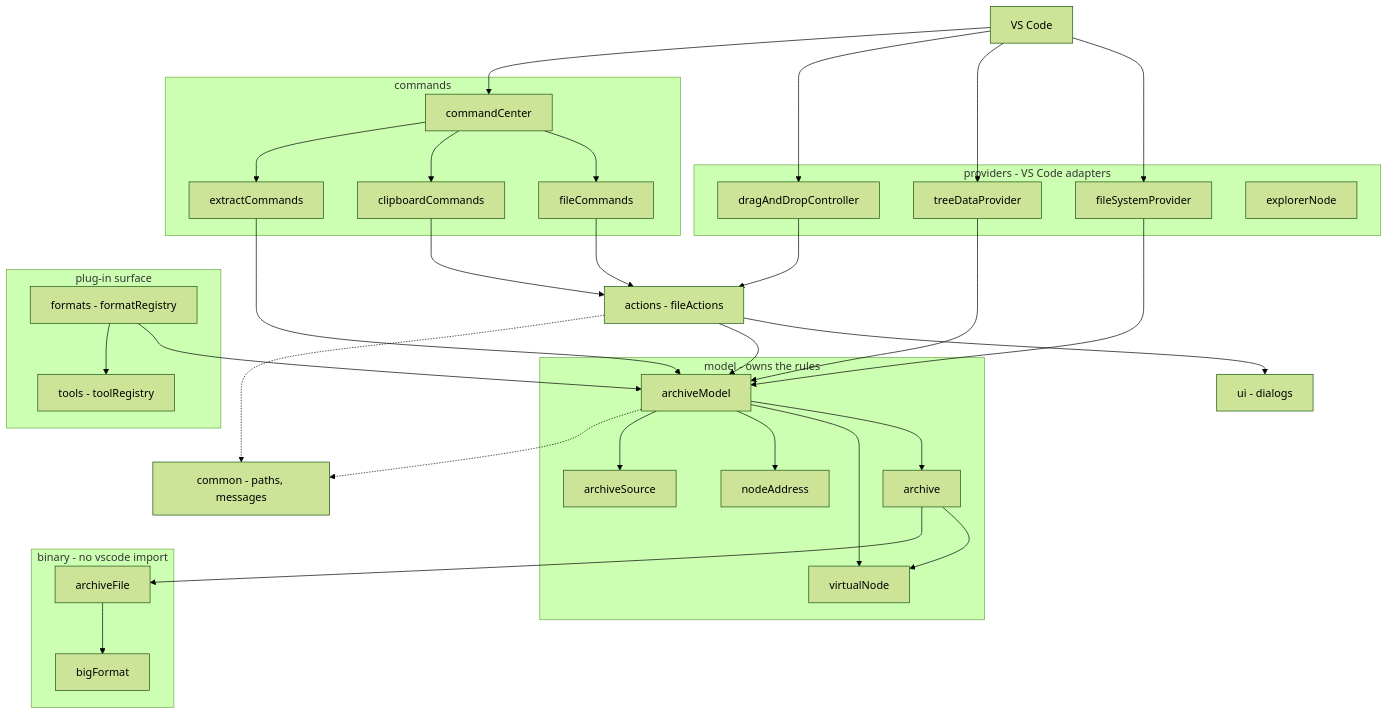
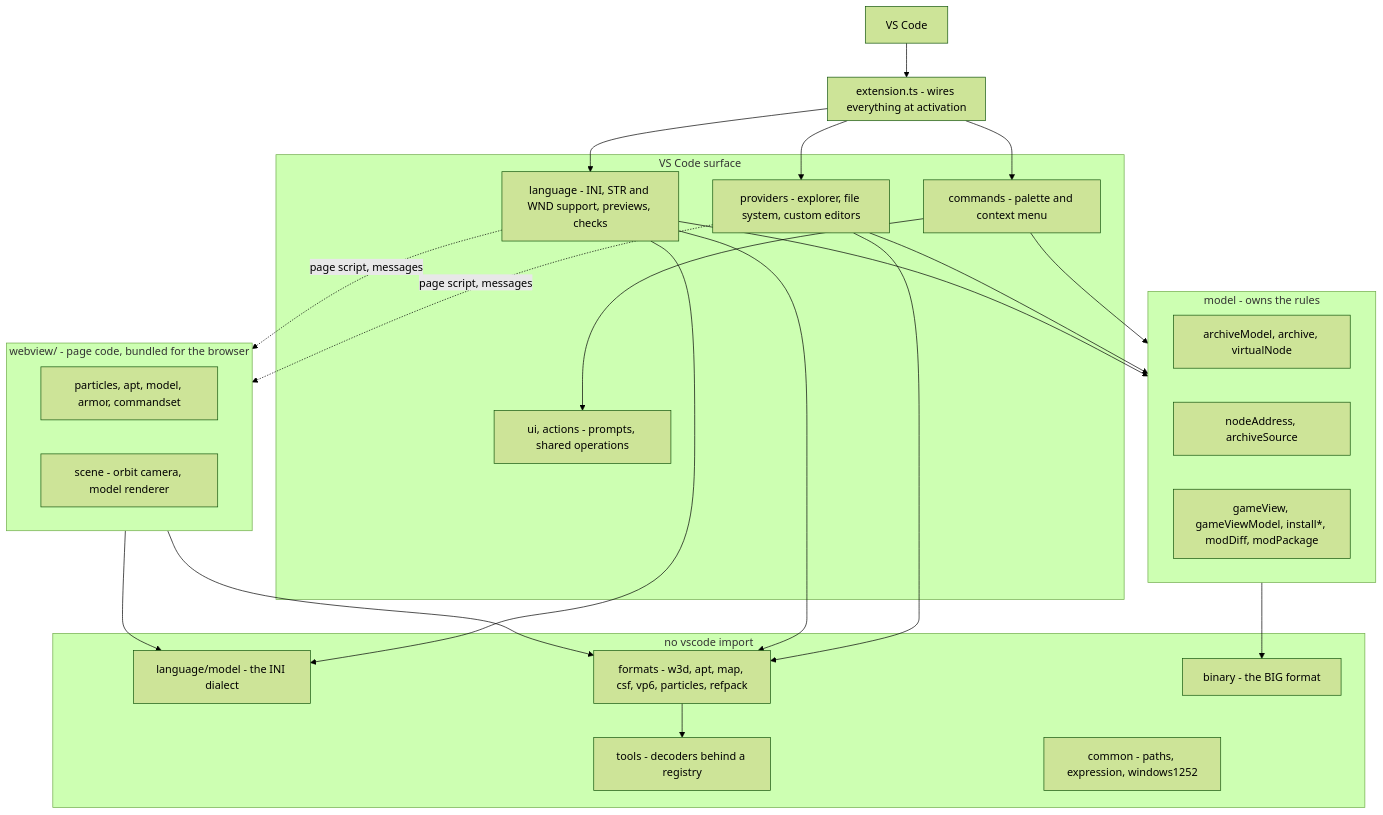
One commit to max-bronner/bigfs changed the first of 6 diagrams in docs/architecture.md. Above: the diagram before and after it, drawn with Mermaid (forest theme). The commit also changed other lines of this file and 1 other file, not shown here.

First line of the commit message:
docs: bring the architecture guide up to the current source layers

````diff
--- a/docs/architecture.md
+++ b/docs/architecture.md
@@ -34,57 +38,45 @@
 ```mermaid
 flowchart TD
   VS["VS Code"]
 
-  subgraph providers["providers - VS Code adapters"]
-    FSP["fileSystemProvider"]
-    TDP["treeDataProvider"]
-    DND["dragAndDropController"]
-    EXN["explorerNode"]
+  subgraph entry["extension.ts - wires everything at activation"]
   end
 
-  subgraph cmd["commands"]
-    CC["commandCenter"]
-    FC["fileCommands"]
-    CLC["clipboardCommands"]
-    EC["extractCommands"]
+  subgraph surface["VS Code surface"]
+    CMD["commands - palette and context menu"]
+    PRV["providers - explorer, file system, custom editors"]
+    LANG["language - INI, STR and WND support, previews, checks"]
+    UI["ui, actions - prompts, shared operations"]
   end
 
-  ACT["actions - fileActions"]
-  UI["ui - dialogs"]
+  subgraph pages["webview/ - page code, bundled for the browser"]
+    WP["particles, apt, model, armor, commandset"]
+    WS["scene - orbit camera, model renderer"]
+  end
 
   subgraph model["model - owns the rules"]
-    AM["archiveModel"]
-    AR["archive"]
-    VN["virtualNode"]
-    NA["nodeAddress"]
-    AS["archiveSource"]
+    AM["archiveModel, archive, virtualNode"]
+    NA["nodeAddress, archiveSource"]
+    GV["gameView, gameViewModel, install*, modDiff, modPackage"]
   end
 
-  subgraph plugins["plug-in surface"]
-    TR["tools - toolRegistry"]
-    FR["formats - formatRegistry"]
+  subgraph pure["no vscode import"]
+    LM["language/model - the INI dialect"]
+    FMT["formats - w3d, apt, map, csf, vp6, particles, refpack"]
+    TLS["tools - decoders behind a registry"]
+    BIN["binary - the BIG format"]
+    COM["common - paths, expression, windows1252"]
   end
 
-  subgraph binary["binary - no vscode import"]
-    AF["archiveFile"]
-    BF["bigFormat"]
-  end
-
-  COM["common - paths, messages"]
-
-  VS --> FSP & TDP & DND & CC
-  CC --> FC & CLC & EC
-  FC & CLC --> ACT
-  DND --> ACT
-  ACT --> UI
-  ACT --> AM
-  FSP & TDP --> AM
-  EC --> AM
-  FR --> AM
-  FR --> TR
-  AM --> AR & VN & NA & AS
-  AR --> VN & AF
-  AF --> BF
-  ACT -.-> COM
-  AM -.-> COM
+  VS --> entry
+  entry --> CMD & PRV & LANG
+  CMD --> UI
+  CMD & PRV & LANG --> model
+  LANG --> LM
+  PRV & LANG --> FMT
+  FMT --> TLS
+  PRV & LANG -. "page script, messages" .-> pages
+  pages --> FMT
+  pages --> LM
+  model --> BIN
 ```
````
